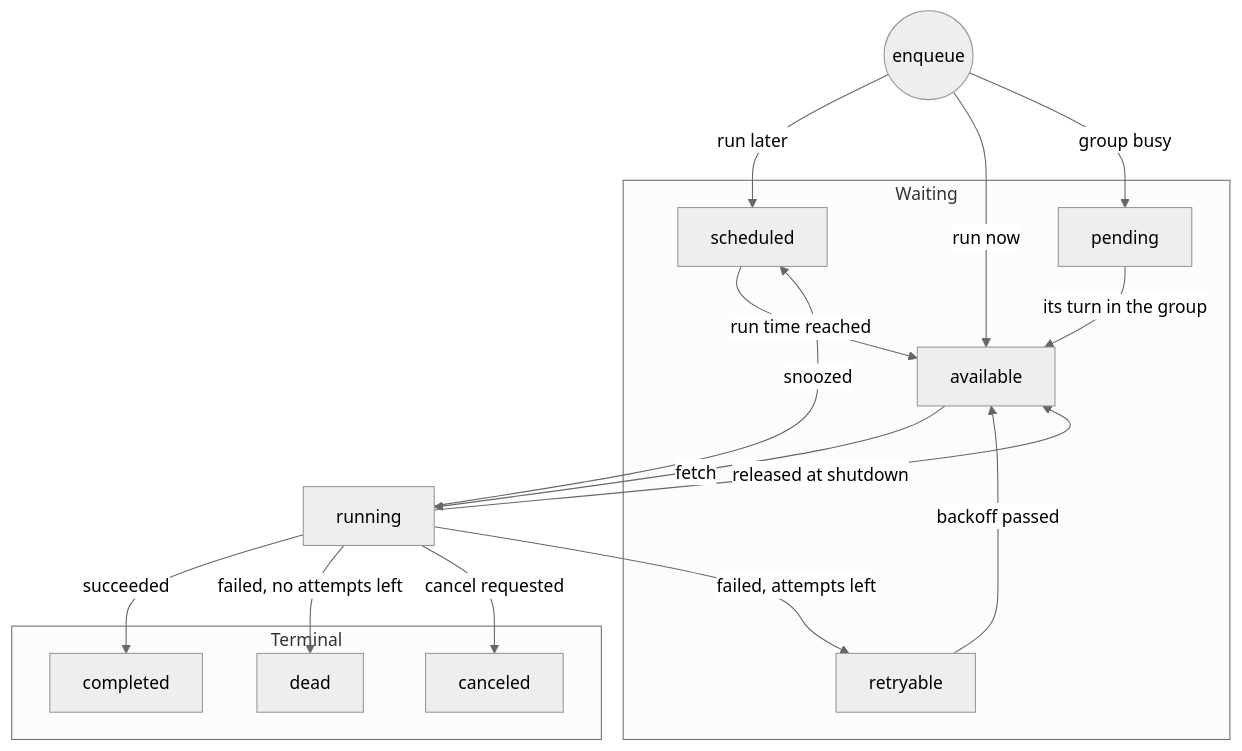
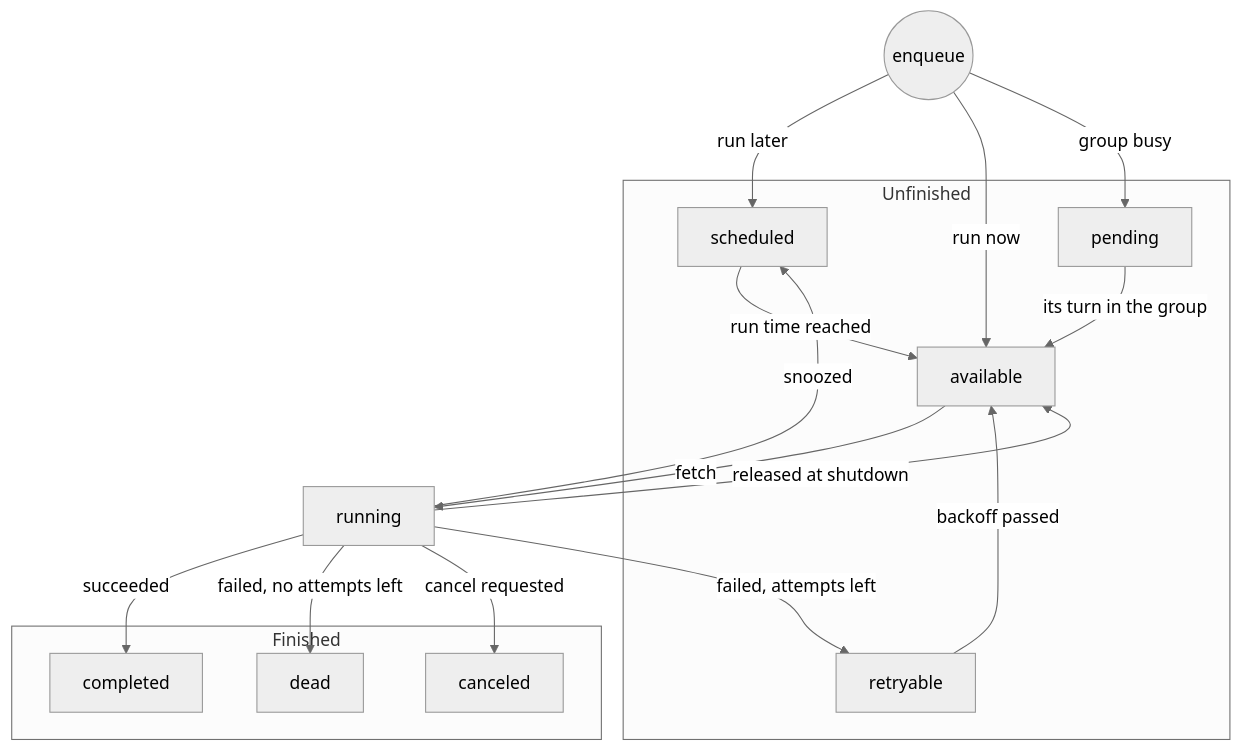
One commit to code19m/taskmill changed the diagram in docs/design/task-lifecycle.md. Above: the diagram before and after it, drawn with Mermaid (neutral theme). The commit also changed other lines of this file and 70 other files, not shown here.

````diff
--- a/docs/design/task-lifecycle.md
+++ b/docs/design/task-lifecycle.md
@@ -51,32 +37,32 @@
 ```mermaid
 flowchart TD
     enqueue((enqueue)) -->|run later| scheduled
     enqueue -->|run now| available
     enqueue -->|group busy| pending
 
-    subgraph waiting [Waiting]
+    subgraph waiting [Unfinished]
         scheduled
         pending
         available
         retryable
     end
 
     scheduled -->|run time reached| available
     pending -->|its turn in the group| available
     retryable -->|backoff passed| available
     available -->|fetch| running
 
     running -->|failed, attempts left| retryable
     running -->|snoozed| scheduled
     running -->|released at shutdown| available
 
-    subgraph terminal [Terminal]
+    subgraph finished [Finished]
         completed
         dead
         canceled
     end
 
     running -->|succeeded| completed
     running -->|failed, no attempts left| dead
     running -->|cancel requested| canceled
 ```
````
